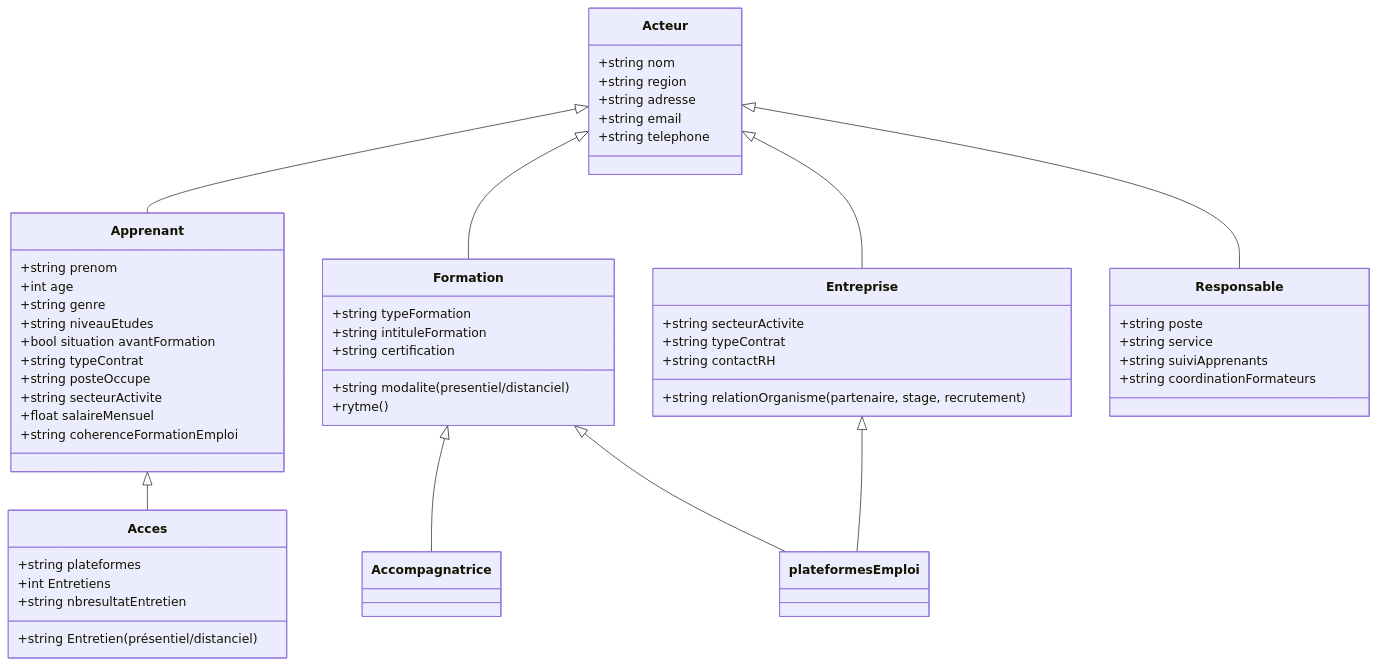
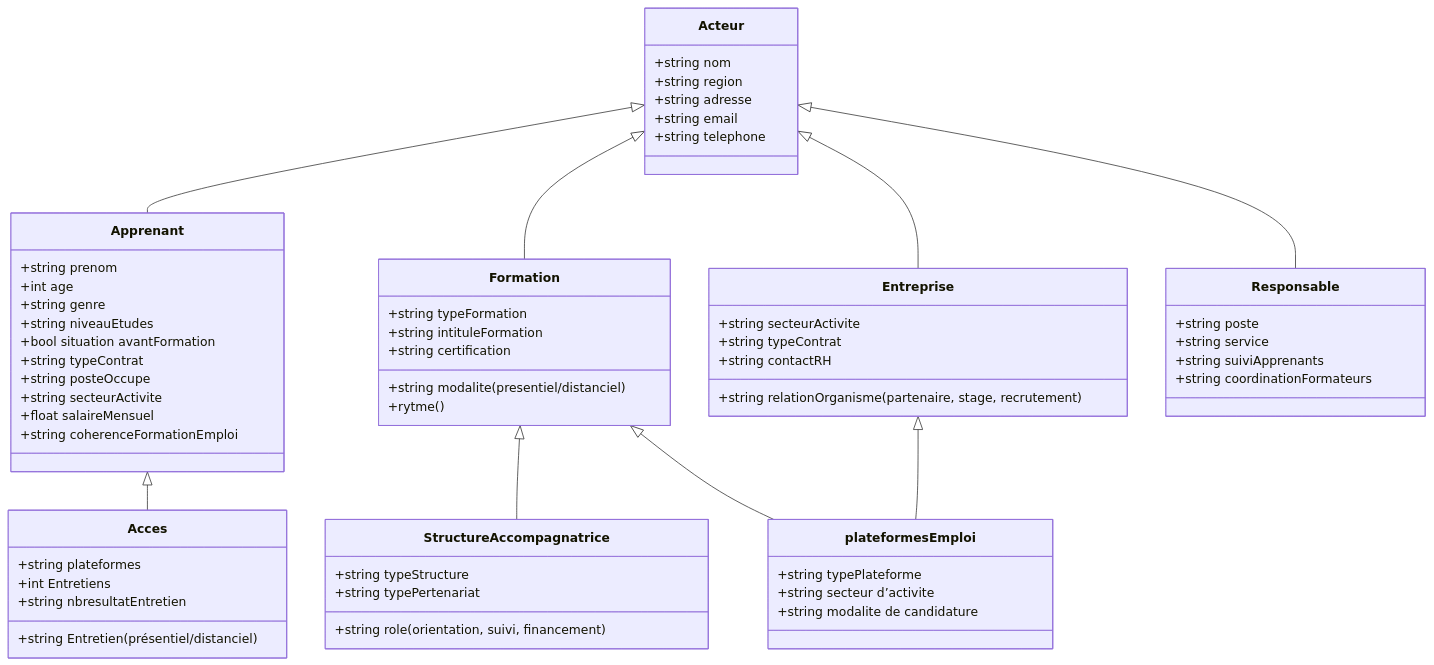
Before and after one commit to bouzidifatimazohra00-ux/inclusion-numerique-93: the diagram in acteurbouzidifatimazohra00.md, drawn with Mermaid.

````diff
--- a/acteurbouzidifatimazohra00.md
+++ b/acteurbouzidifatimazohra00.md
@@ -6,12 +6,11 @@
     Acteur <|-- Entreprise
     Acteur <|-- Responsable
     Apprenant <|-- Acces 
-    Formation<|--Accompagnatrice
+    Formation<|--StructureAccompagnatrice
     Entreprise<|--plateformesEmploi
     Formation<|--plateformesEmploi
-    %% Classe mère Acteur
+     %% Classe mère Acteur
     class Acteur {
-                
         +string nom
         +string region
         +string adresse
@@ -19,6 +18,7 @@
         +string telephone
 
     }
+
 
     %% Classe Apprenant
     class Apprenant {
@@ -40,6 +40,8 @@
         +int Entretiens
         +string Entretien (présentiel/distanciel)
         +string nbresultatEntretien}
+            
+    
 
     %% Classe Formation
     class Formation {
@@ -49,6 +51,8 @@
         +string modalite (presentiel/distanciel)
         +rytme ()
     }
+ 
+    
 
     %% Classe Entreprise
     class Entreprise {
@@ -57,6 +61,10 @@
         +string relationOrganisme (partenaire, stage, recrutement)
         +string contactRH
     }
+         
+  
+
+     
 
     %% Classe Responsable
     class Responsable {
@@ -65,4 +73,20 @@
         +string suiviApprenants
         +string coordinationFormateurs
     }
+  
+    %% Nouvelle Classe StructureAccompagnatrice
+    class StructureAccompagnatrice  {
+        +string typeStructure
+        +string typePertenariat
+        +string role (orientation, suivi, financement)
+
+    }
+
+    %% Nouvelle Classe plateformesEmploi
+    class plateformesEmploi {
+        +string typePlateforme
+        +string secteur d’activite 
+        +string modalite de candidature 
+
+    }
 ```
````
